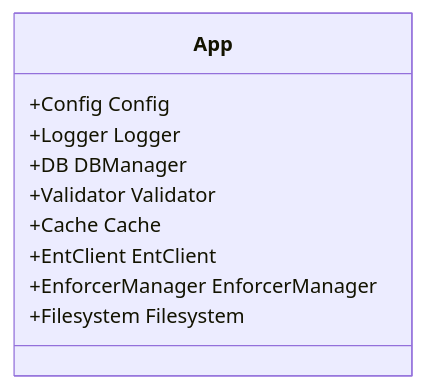
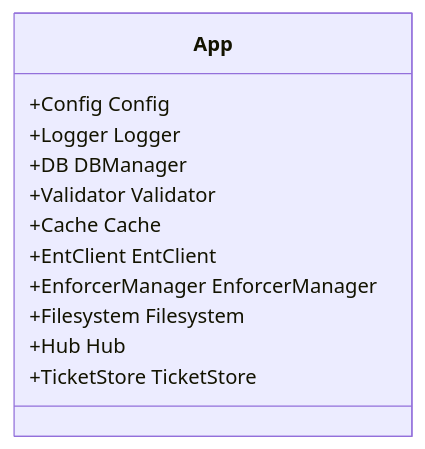
The sixth of 7 diagrams in .qoder/repowiki/zh/content/中间件系统/中间件系统.md (wuwuseo/e-sports-go-admin), drawn with Mermaid before and after one commit. The commit also changed other lines of this file and 42 other files, not shown here.

````diff
--- a/.qoder/repowiki/zh/content/中间件系统/中间件系统.md
+++ b/.qoder/repowiki/zh/content/中间件系统/中间件系统.md
@@ -218,13 +256,15 @@
 ```mermaid
 classDiagram
 class App {
 +Config Config
 +Logger Logger
 +DB DBManager
 +Validator Validator
 +Cache Cache
 +EntClient EntClient
 +EnforcerManager EnforcerManager
 +Filesystem Filesystem
++Hub Hub
++TicketStore TicketStore
 }
 ```
````
